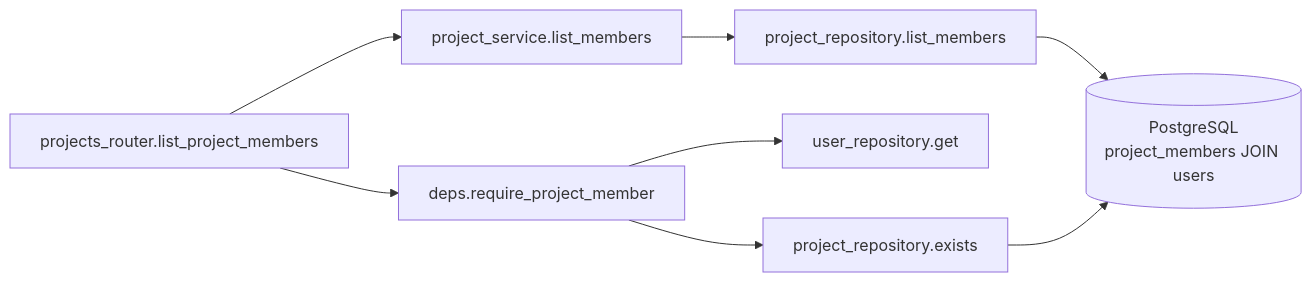
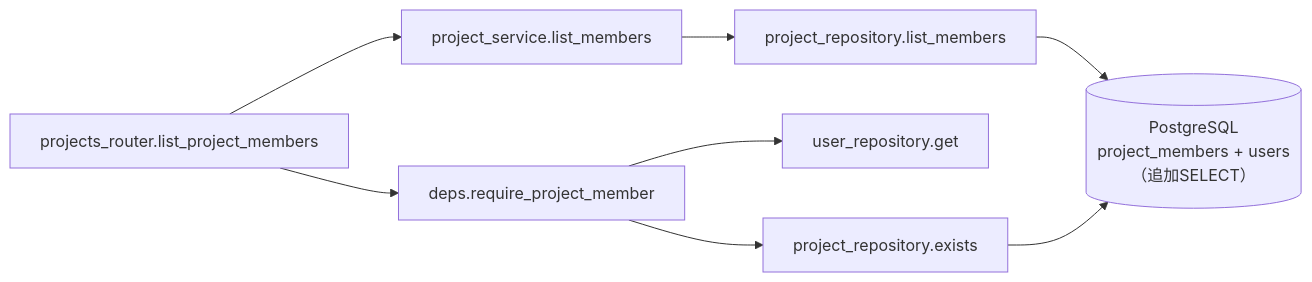
One commit to oikawa-d/task_management changed the third of 4 diagrams in detailed_design/api/projects/06_get_project_members.md. Above: the diagram before and after it, drawn with Mermaid. The commit also changed other lines of this file and 22 other files, not shown here.

````diff
--- a/detailed_design/api/projects/06_get_project_members.md
+++ b/detailed_design/api/projects/06_get_project_members.md
@@ -184,10 +186,10 @@
 ```mermaid
 flowchart LR
     R["projects_router.list_project_members"] --> D["deps.require_project_member"]
     R --> S["project_service.list_members"]
     D --> RP1["project_repository.exists"]
     D --> URP["user_repository.get"]
     S --> RP2["project_repository.list_members"]
-    RP2 --> PG[("PostgreSQL<br/>project_members JOIN users")]
+    RP2 --> PG[("PostgreSQL<br/>project_members + users（追加SELECT）")]
     RP1 --> PG
 ```
````
